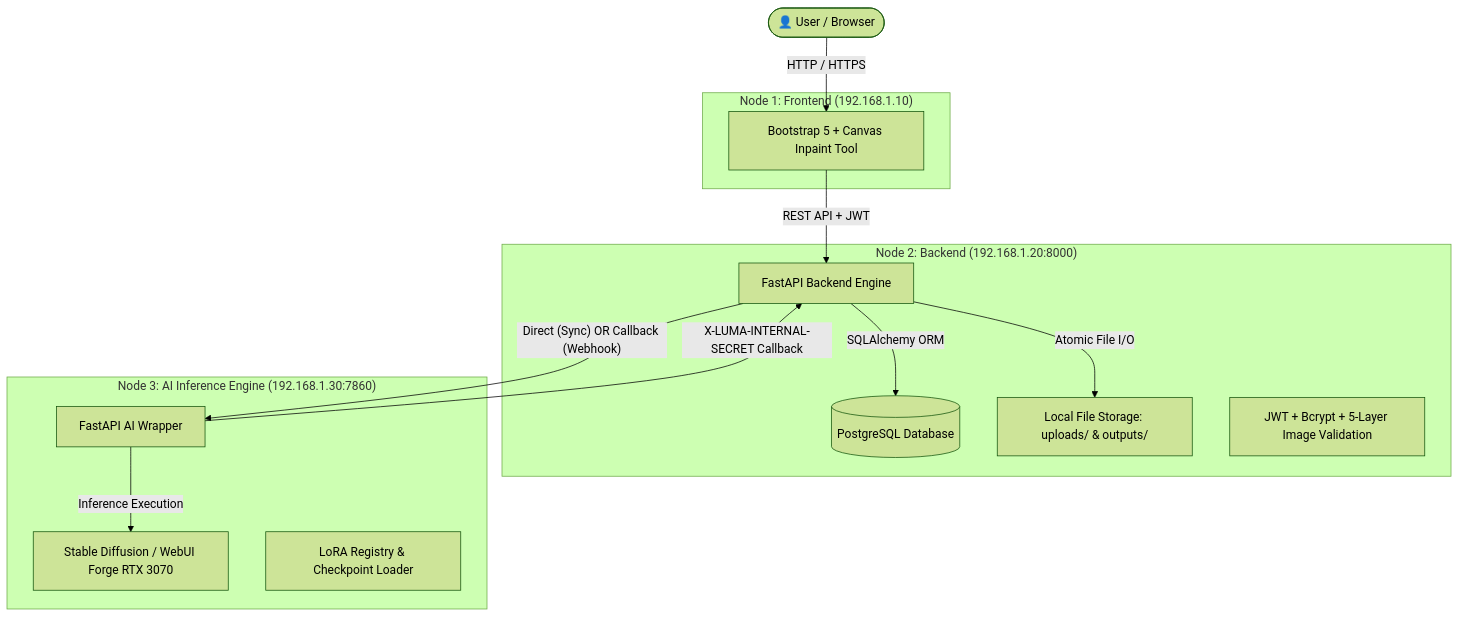
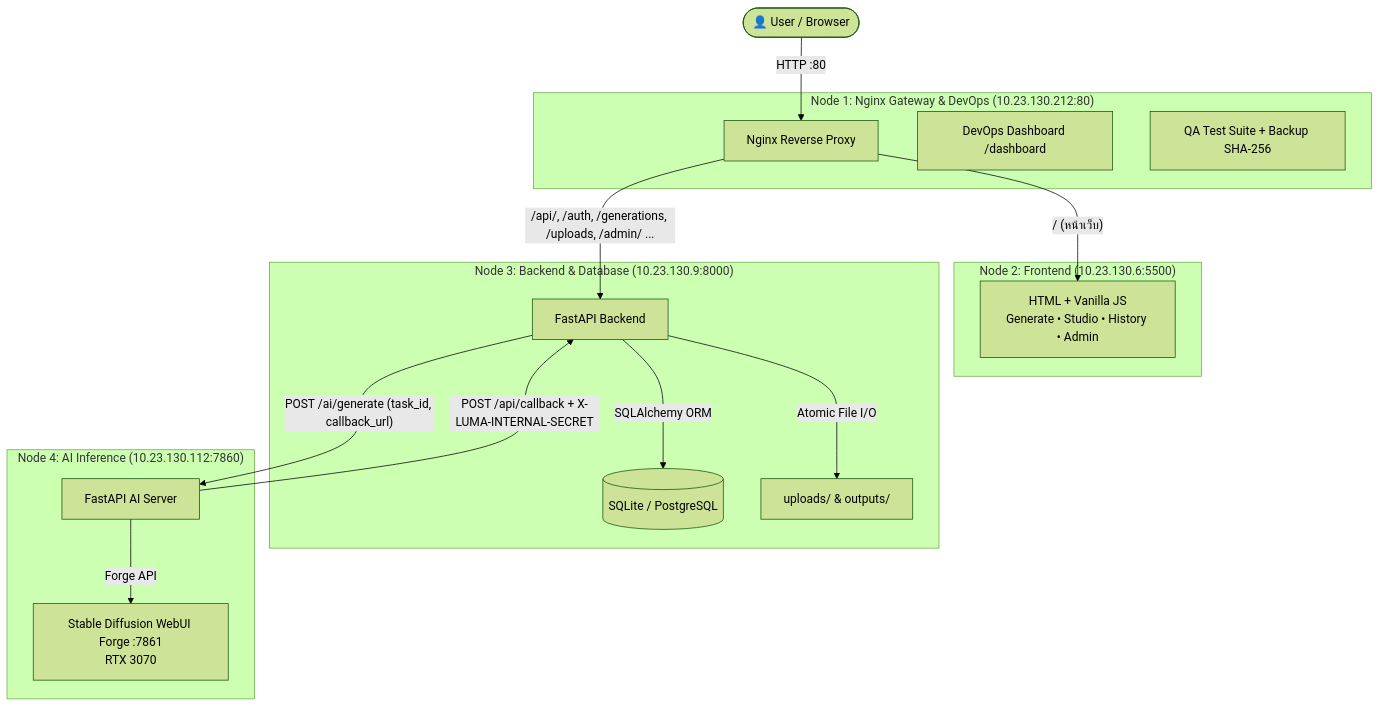
The first of 3 diagrams in README.md (Pongkarm/Project_Luma_PKW), drawn with Mermaid (forest theme) before and after one commit. The commit also changed other lines of this file, not shown here.

First line of the commit message:
Update README to describe the 4-node system as it is now

````diff
--- a/README.md
+++ b/README.md
@@ -17,29 +36,34 @@
 ```mermaid
 graph TD
-    User([👤 User / Browser])
-    
-    subgraph PC1 ["Node 1: Frontend (192.168.1.10)"]
-        UI[Bootstrap 5 + Canvas Inpaint Tool]
+    User(["👤 User / Browser"])
+
+    subgraph N1 ["Node 1: Nginx Gateway & DevOps (10.23.130.212:80)"]
+        Nginx["Nginx Reverse Proxy"]
+        Dash["DevOps Dashboard /dashboard"]
+        QA["QA Test Suite + Backup SHA-256"]
     end
 
-    subgraph PC2 ["Node 2: Backend (192.168.1.20:8000)"]
-        API[FastAPI Backend Engine]
-        DB[(PostgreSQL Database)]
-        Storage[Local File Storage: uploads/ & outputs/]
-        Security[JWT + Bcrypt + 5-Layer Image Validation]
+    subgraph N2 ["Node 2: Frontend (10.23.130.6:5500)"]
+        UI["HTML + Vanilla JS<br/>Generate • Studio • History • Admin"]
     end
 
-    subgraph PC3 ["Node 3: AI Inference Engine (192.168.1.30:7860)"]
-        AIEngine[FastAPI AI Wrapper]
-        SD[Stable Diffusion / WebUI Forge RTX 3070]
-        LoRA[LoRA Registry & Checkpoint Loader]
+    subgraph N3 ["Node 3: Backend & Database (10.23.130.9:8000)"]
+        API["FastAPI Backend"]
+        DB[("SQLite / PostgreSQL")]
+        Storage["uploads/ & outputs/"]
     end
 
-    User -->|"HTTP / HTTPS"| UI
-    UI -->|"REST API + JWT"| API
+    subgraph N4 ["Node 4: AI Inference (10.23.130.112:7860)"]
+        AI["FastAPI AI Server"]
+        SD["Stable Diffusion WebUI Forge :7861<br/>RTX 3070"]
+    end
+
+    User -->|"HTTP :80"| Nginx
+    Nginx -->|"/ (หน้าเว็บ)"| UI
+    Nginx -->|"/api/, /auth, /generations, /uploads, /admin/ ..."| API
     API -->|"SQLAlchemy ORM"| DB
     API -->|"Atomic File I/O"| Storage
-    API -->|"Direct (Sync) OR Callback (Webhook)"| AIEngine
-    AIEngine -->|"Inference Execution"| SD
-    AIEngine -->|"X-LUMA-INTERNAL-SECRET Callback"| API
+    API -->|"POST /ai/generate (task_id, callback_url)"| AI
+    AI -->|"Forge API"| SD
+    AI -->|"POST /api/callback + X-LUMA-INTERNAL-SECRET"| API
 ```
````
